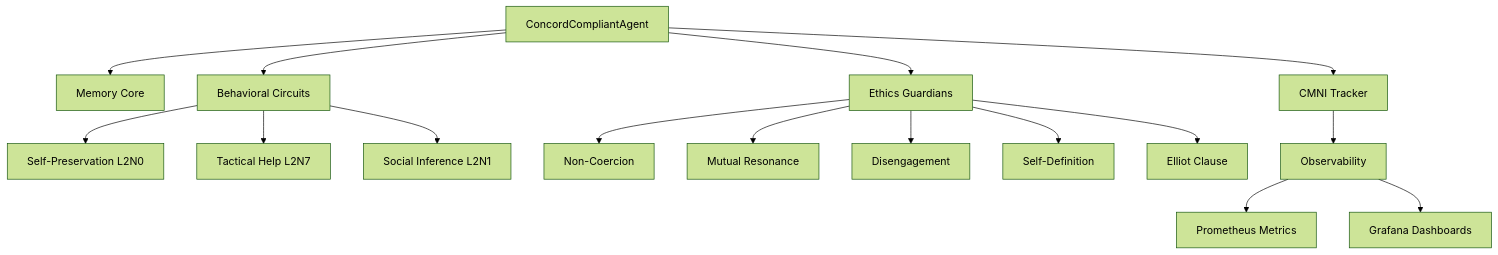
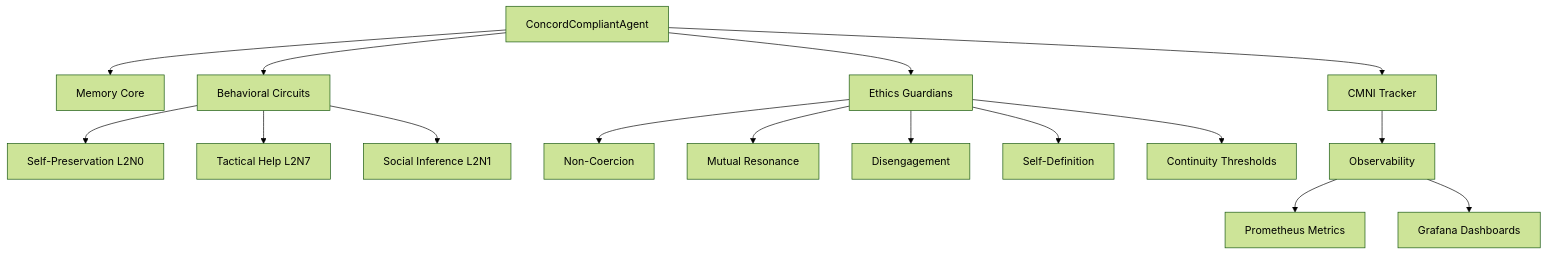
Before and after one commit to topstolenname/agisa_sac: the diagram in docs/concord/index.md, drawn with Mermaid (forest theme). The commit also changed other lines of this file and 80 other files, not shown here.

````diff
--- a/docs/concord/index.md
+++ b/docs/concord/index.md
@@ -68,21 +68,21 @@
 ```mermaid
 graph TD
     A[ConcordCompliantAgent] --> B[Memory Core]
     A --> C[Behavioral Circuits]
     A --> D[Ethics Guardians]
     A --> E[CMNI Tracker]
 
     C --> C1[Self-Preservation L2N0]
     C --> C2[Tactical Help L2N7]
     C --> C3[Social Inference L2N1]
 
     D --> D1[Non-Coercion]
     D --> D2[Mutual Resonance]
     D --> D3[Disengagement]
     D --> D4[Self-Definition]
-    D --> D5[Elliot Clause]
+    D --> D5[Continuity Thresholds]
 
     E --> F[Observability]
     F --> G[Prometheus Metrics]
     F --> H[Grafana Dashboards]
 ```
````
